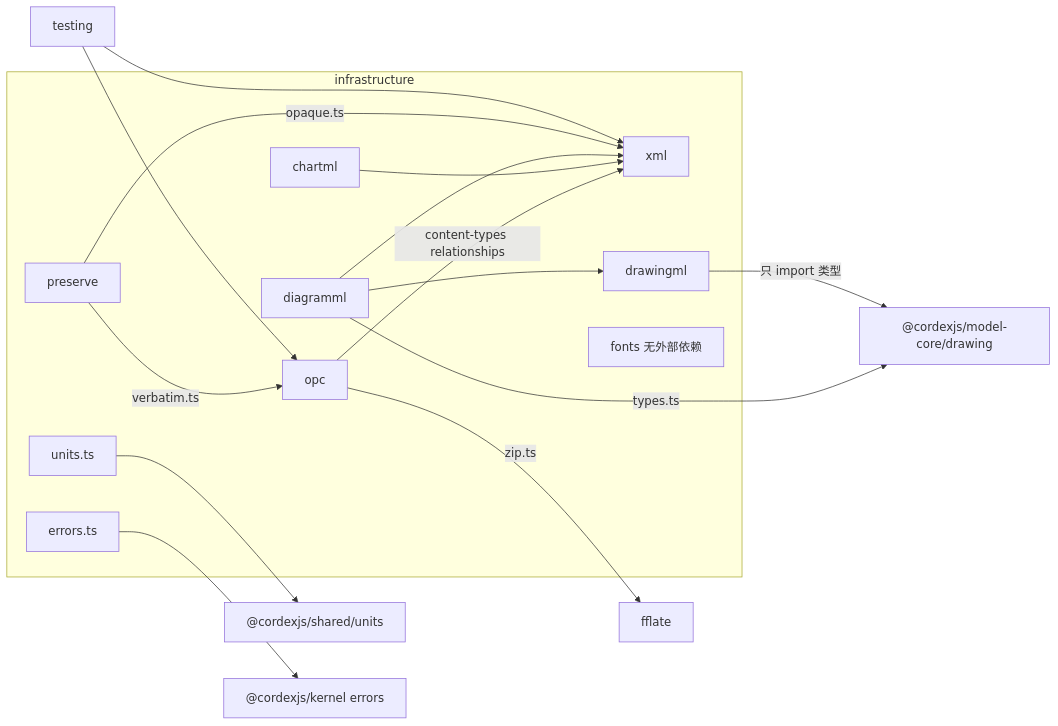
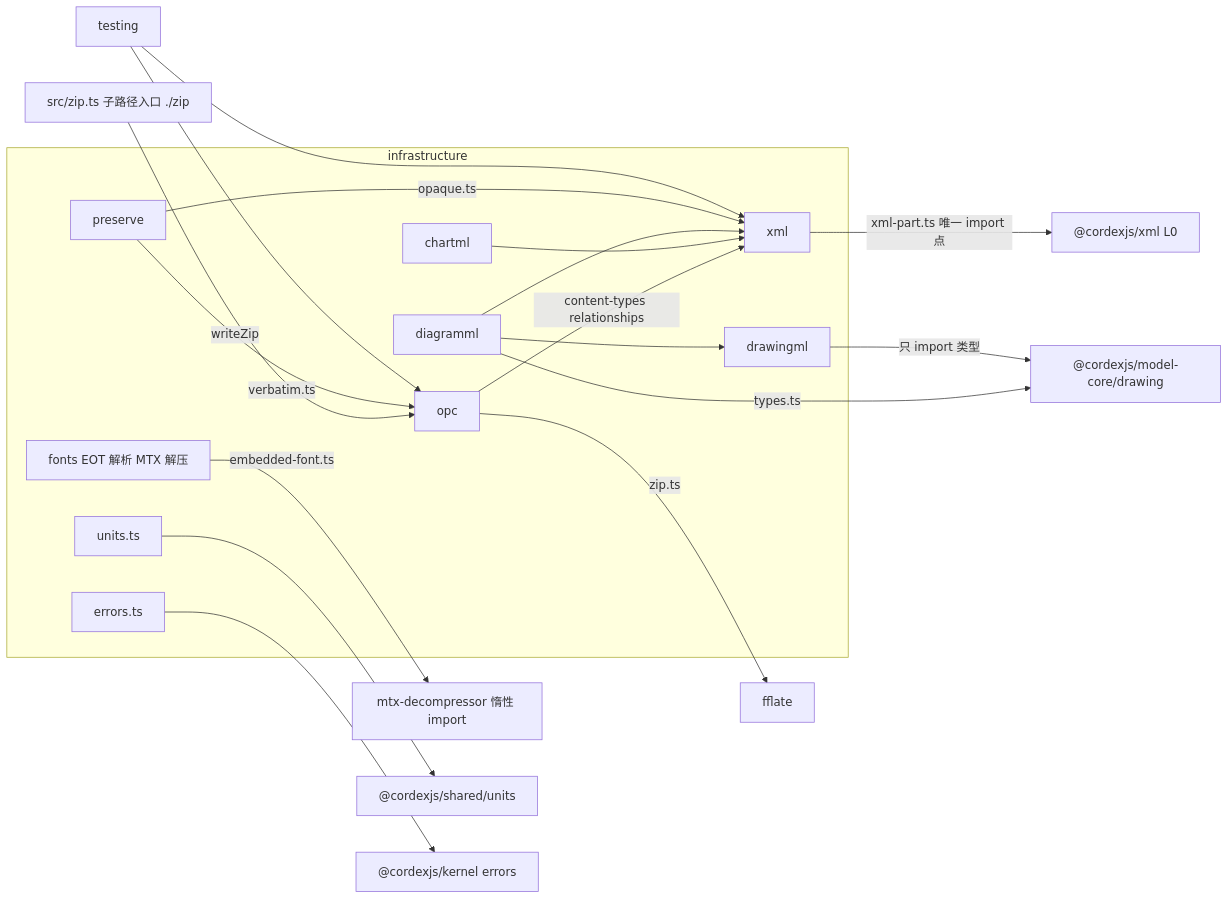
Before and after one commit to Xeonice/cordis-ppt-editor: the eighth of 10 diagrams in docs/40-modules/04-ooxml-format-and-pptx-codec.md, drawn with Mermaid. The commit also changed other lines of this file and 78 other files, not shown here.

````diff
--- a/docs/40-modules/04-ooxml-format-and-pptx-codec.md
+++ b/docs/40-modules/04-ooxml-format-and-pptx-codec.md
@@ -491,32 +533,38 @@
 ```mermaid
 flowchart LR
   subgraph infra["infrastructure"]
     opc["opc"]
     xml["xml"]
     drawingml["drawingml"]
     chartml["chartml"]
     diagramml["diagramml"]
     preserve["preserve"]
-    fonts["fonts 无外部依赖"]
+    fonts["fonts EOT 解析 MTX 解压"]
     units["units.ts"]
     errors["errors.ts"]
   end
   testing["testing"]
+  zipEntry["src/zip.ts 子路径入口 ./zip"]
+  xmlPkg["@cordexjs/xml L0"]
+  mtx["mtx-decompressor 惰性 import"]
   fflate["fflate"]
   mcDrawing["@cordexjs/model-core/drawing"]
   shared["@cordexjs/shared/units"]
   kernel["@cordexjs/kernel errors"]
   opc -- "content-types relationships" --> xml
   opc -- "zip.ts" --> fflate
+  zipEntry -- "writeZip" --> opc
+  xml -- "xml-part.ts 唯一 import 点" --> xmlPkg
+  fonts -- "embedded-font.ts" --> mtx
   chartml --> xml
   diagramml --> xml
   diagramml --> drawingml
   diagramml -- "types.ts" --> mcDrawing
   drawingml -- "只 import 类型" --> mcDrawing
   preserve -- "opaque.ts" --> xml
   preserve -- "verbatim.ts" --> opc
   units --> shared
   errors --> kernel
   testing --> opc
   testing --> xml
 ```
````
